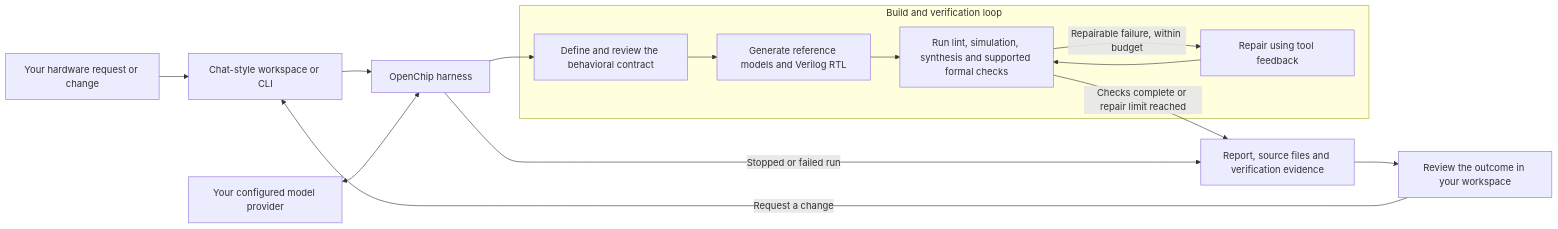
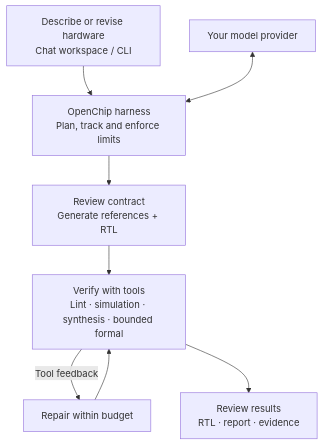
One commit to harrrshall/openchip changed the diagram in README.md. Above: the diagram before and after it, drawn with Mermaid.

Commit message:
Compact README workflow into a readable vertical diagram

````diff
--- a/README.md
+++ b/README.md
@@ -37,20 +37,10 @@
 ```mermaid
-flowchart LR
-    U["Your hardware request or change"] --> I["Chat-style workspace or CLI"]
-    I --> H["OpenChip harness"]
-    M["Your configured model provider"] <--> H
-    subgraph Build["Build and verification loop"]
-        C["Define and review the behavioral contract"]
-        G["Generate reference models and Verilog RTL"]
-        V["Run lint, simulation, synthesis and supported formal checks"]
-        R["Repair using tool feedback"]
-        C --> G --> V
-        V -->|"Repairable failure, within budget"| R
-        R --> V
-    end
-    H --> C
-    V -->|"Checks complete or repair limit reached"| O["Report, source files and verification evidence"]
-    H -->|"Stopped or failed run"| O
-    O --> P["Review the outcome in your workspace"]
-    P -->|"Request a change"| I
+flowchart TB
+    U["Describe or revise hardware<br/>Chat workspace / CLI"] --> H["OpenChip harness<br/>Plan, track and enforce limits"]
+    M["Your model provider"] <--> H
+    H --> G["Review contract<br/>Generate references + RTL"]
+    G --> V["Verify with tools<br/>Lint · simulation · synthesis · bounded formal"]
+    V -->|"Tool feedback"| R["Repair within budget"]
+    R --> V
+    V --> O["Review results<br/>RTL · report · evidence"]
 ```
````
